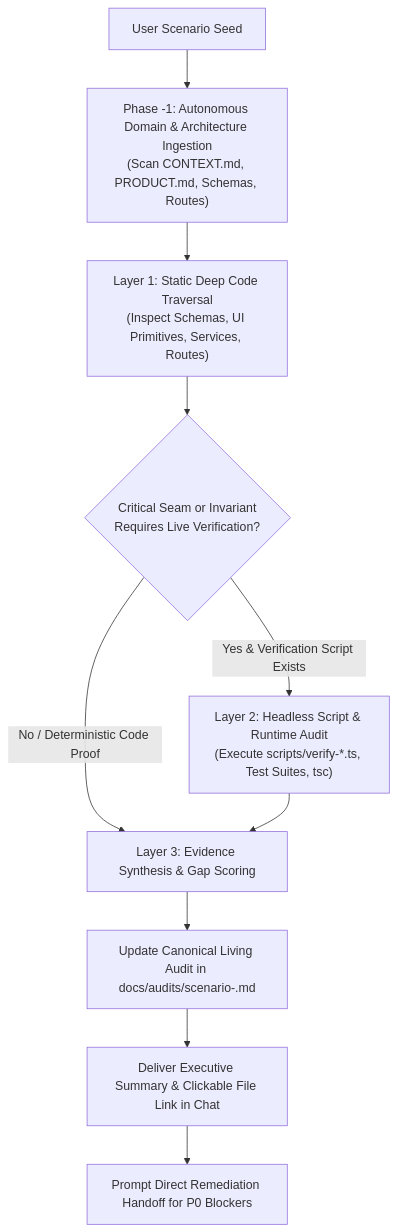
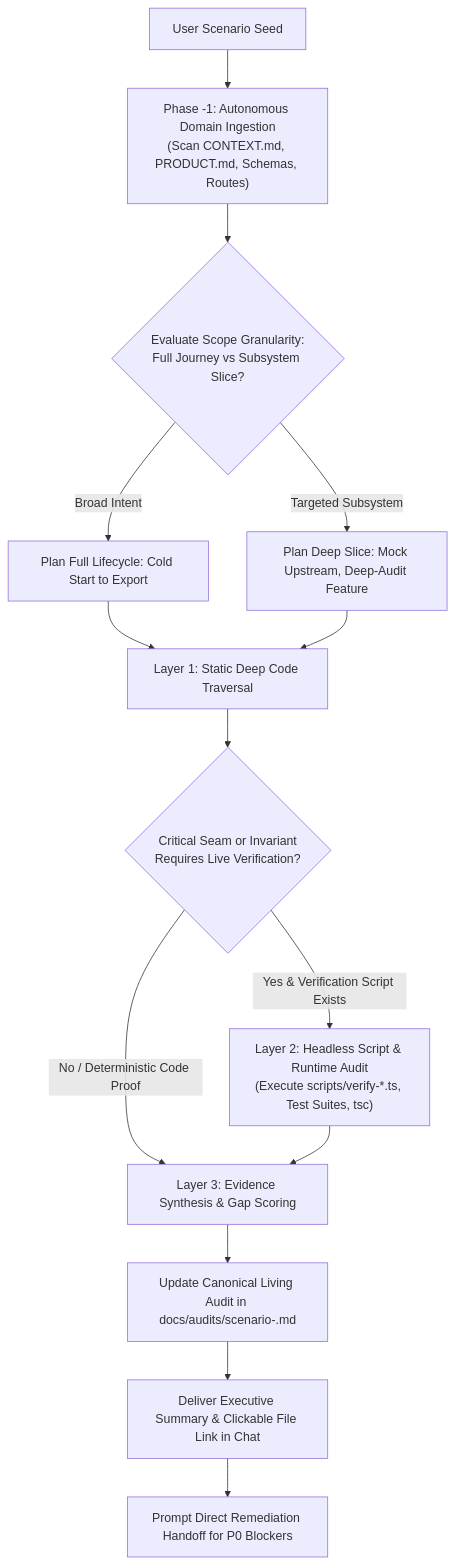
One commit to Delizade-Antigravity-Skills/scenario-probe changed the diagram in SKILL.md. Above: the diagram before and after it, drawn with Mermaid. The commit also changed other lines of this file, not shown here.

Commit message:
feat: add adaptive scope granularity (full-lifecycle vs targeted subsystem slice)

````diff
--- a/SKILL.md
+++ b/SKILL.md
@@ -63,12 +69,16 @@
 ```mermaid
 flowchart TD
-    Scenario["User Scenario Seed"] --> Ingestion["Phase -1: Autonomous Domain & Architecture Ingestion<br/>(Scan CONTEXT.md, PRODUCT.md, Schemas, Routes)"]
-    Ingestion --> Layer1["Layer 1: Static Deep Code Traversal<br/>(Inspect Schemas, UI Primitives, Services, Routes)"]
+    Scenario["User Scenario Seed"] --> Ingestion["Phase -1: Autonomous Domain Ingestion<br/>(Scan CONTEXT.md, PRODUCT.md, Schemas, Routes)"]
+    Ingestion --> ScopeEval{"Evaluate Scope Granularity:<br/>Full Journey vs Subsystem Slice?"}
+    ScopeEval -- "Broad Intent" --> FullFlow["Plan Full Lifecycle: Cold Start to Export"]
+    ScopeEval -- "Targeted Subsystem" --> SliceFlow["Plan Deep Slice: Mock Upstream, Deep-Audit Feature"]
+    FullFlow --> Layer1["Layer 1: Static Deep Code Traversal"]
+    SliceFlow --> Layer1
     Layer1 --> SeamCheck{"Critical Seam or Invariant<br/>Requires Live Verification?"}
     SeamCheck -- "Yes & Verification Script Exists" --> Layer2["Layer 2: Headless Script & Runtime Audit<br/>(Execute scripts/verify-*.ts, Test Suites, tsc)"]
     SeamCheck -- "No / Deterministic Code Proof" --> Synthesize["Layer 3: Evidence Synthesis & Gap Scoring"]
     Layer2 --> Synthesize
     Synthesize --> InRepoDoc["Update Canonical Living Audit in docs/audits/scenario-<slug>.md"]
     InRepoDoc --> ChatSummary["Deliver Executive Summary & Clickable File Link in Chat"]
     ChatSummary --> RemediationPrompt["Prompt Direct Remediation Handoff for P0 Blockers"]
 ```
````
